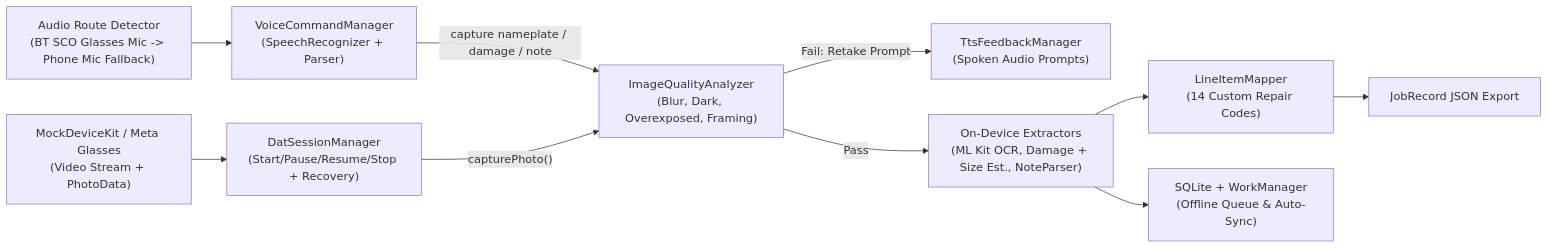
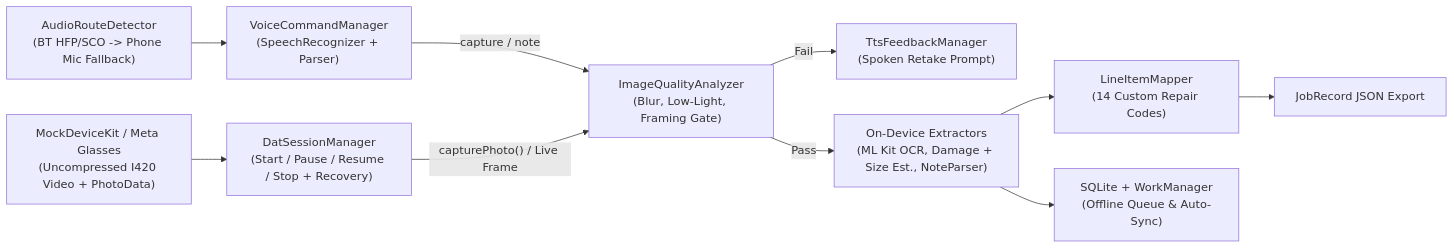
One commit to dhanoliya-ji/FieldCapture changed the diagram in README.md. Above: the diagram before and after it, drawn with Mermaid. The commit also changed other lines of this file and 3 other files, not shown here.

````diff
--- a/README.md
+++ b/README.md
@@ -7,12 +9,12 @@
 ```mermaid
 flowchart LR
-    MG["MockDeviceKit / Meta Glasses<br/>(Video Stream + PhotoData)"] --> DSM["DatSessionManager<br/>(Start/Pause/Resume/Stop + Recovery)"]
-    MIC["Audio Route Detector<br/>(BT SCO Glasses Mic -> Phone Mic Fallback)"] --> VCM["VoiceCommandManager<br/>(SpeechRecognizer + Parser)"]
-    VCM -->|"capture nameplate / damage / note"| QA["ImageQualityAnalyzer<br/>(Blur, Dark, Overexposed, Framing)"]
-    DSM -->|"capturePhoto()"| QA
-    QA -->|"Fail: Retake Prompt"| TTS["TtsFeedbackManager<br/>(Spoken Audio Prompts)"]
+    MG["MockDeviceKit / Meta Glasses<br/>(Uncompressed I420 Video + PhotoData)"] --> DSM["DatSessionManager<br/>(Start / Pause / Resume / Stop + Recovery)"]
+    MIC["AudioRouteDetector<br/>(BT HFP/SCO -> Phone Mic Fallback)"] --> VCM["VoiceCommandManager<br/>(SpeechRecognizer + Parser)"]
+    VCM -->|"capture / note"| QA["ImageQualityAnalyzer<br/>(Blur, Low-Light, Framing Gate)"]
+    DSM -->|"capturePhoto() / Live Frame"| QA
+    QA -->|"Fail"| TTS["TtsFeedbackManager<br/>(Spoken Retake Prompt)"]
     QA -->|"Pass"| EXT["On-Device Extractors<br/>(ML Kit OCR, Damage + Size Est., NoteParser)"]
     EXT --> MAP["LineItemMapper<br/>(14 Custom Repair Codes)"]
     EXT --> DB["SQLite + WorkManager<br/>(Offline Queue & Auto-Sync)"]
     MAP --> JSON["JobRecord JSON Export"]
 ```
````
